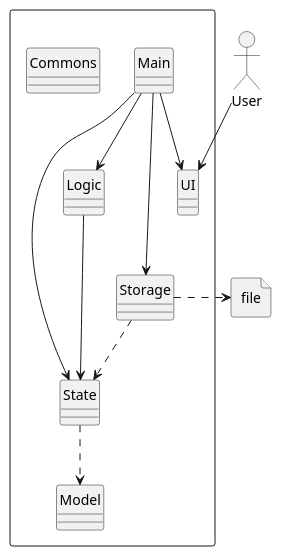
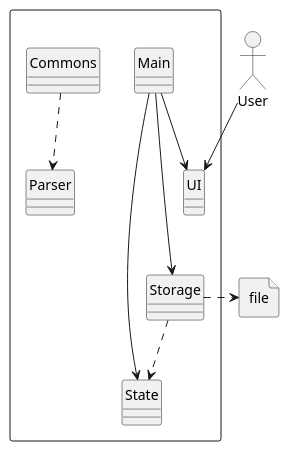
One commit to nus-cs2113-AY2223S1/tp changed the diagram in docs/UMLdiagrams/Architecture.puml. Above: the diagram before and after it, drawn with PlantUML. The commit also changed 1 other file, not shown here.

Commit message:
Fix architecture

```diff
--- a/docs/UMLdiagrams/Architecture.puml
+++ b/docs/UMLdiagrams/Architecture.puml
@@ -1,31 +1,27 @@
 @startuml
 allowmixing
 hide circle
 skinparam classAttributeIconSize 0
 
 Package " "<<Rectangle>>{
     Class UI
-    Class Logic
     Class Storage
     Class State
     Class Main
-    Class Model
     Class Commons
+    Class Parser
 }
 
 actor "User" as User
 file "file" as File
 
 Main --> UI
 Main -> State
 Main ---> Storage
-Main -> Logic
 
-Logic -> State
-
-State ..> Model
+Commons .down.> Parser
 
 Storage ..> State
 Storage .right.>File
 User --> UI
 @enduml
```
